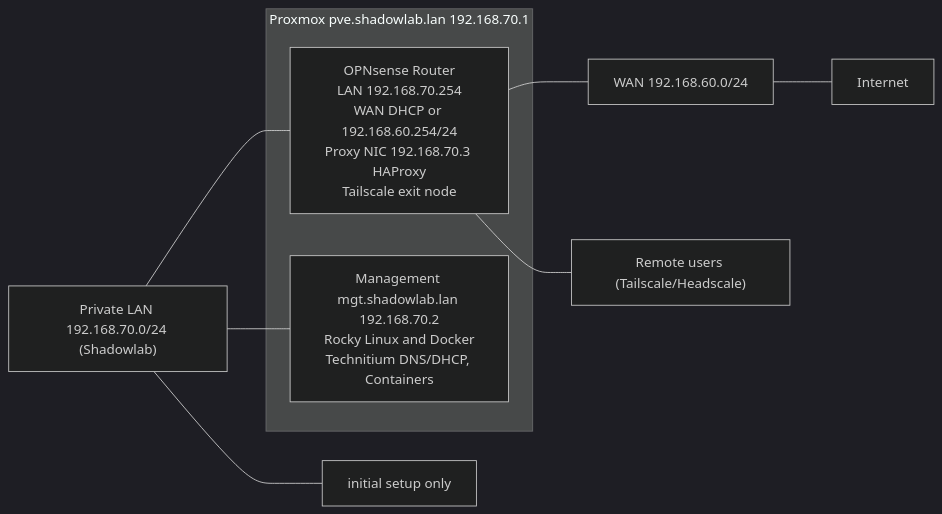
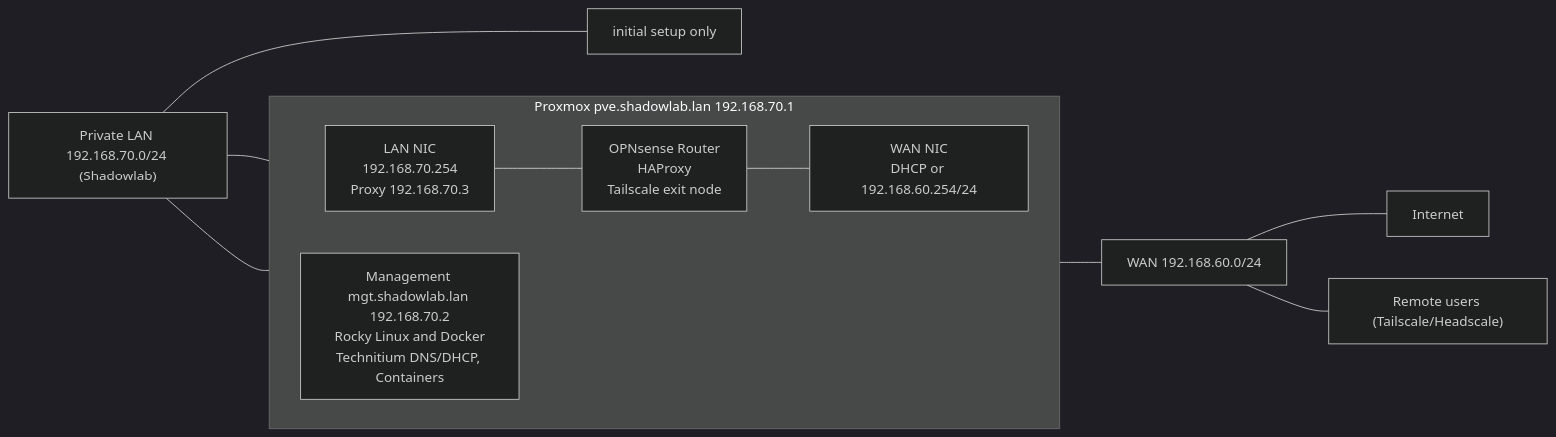
Before and after one commit to dirty-cache/shadowlab: the diagram in docs/diagram.md, drawn with Mermaid (dark theme).

Commit message:
Show remote users on the WAN and a single NIC each for WAN and LAN.

````diff
--- a/docs/diagram.md
+++ b/docs/diagram.md
@@ -7,17 +7,23 @@
 ```mermaid
 flowchart RL
   internet[Internet]
+  remote["Remote users (Tailscale/Headscale)"]
   wan["WAN 192.168.60.0/24"]
   subgraph proxmox ["Proxmox pve.shadowlab.lan 192.168.70.1"]
-    opnsense["OPNsense Router<br/>LAN 192.168.70.254<br/>WAN DHCP or 192.168.60.254/24<br/>Proxy NIC 192.168.70.3 HAProxy<br/>Tailscale exit node"]
+    direction RL
+    wannic["WAN NIC<br/>DHCP or 192.168.60.254/24"]
+    opnsense["OPNsense Router<br/>HAProxy<br/>Tailscale exit node"]
+    lannic["LAN NIC<br/>192.168.70.254<br/>Proxy 192.168.70.3"]
     mgt["Management mgt.shadowlab.lan 192.168.70.2<br/>Rocky Linux and Docker<br/>Technitium DNS/DHCP, Containers"]
   end
   lan["Private LAN 192.168.70.0/24 (Shadowlab)"]
   bootstrap[initial setup only]
-  remote["Remote users (Tailscale/Headscale)"]
-  internet --- wan --- opnsense
-  opnsense --- lan
+  internet --- wan
+  remote --- wan
+  wan --- wannic
+  wannic --- opnsense
+  opnsense --- lannic
+  lannic --- lan
   mgt --- lan
   bootstrap --- lan
-  remote --- opnsense
 ```
````
